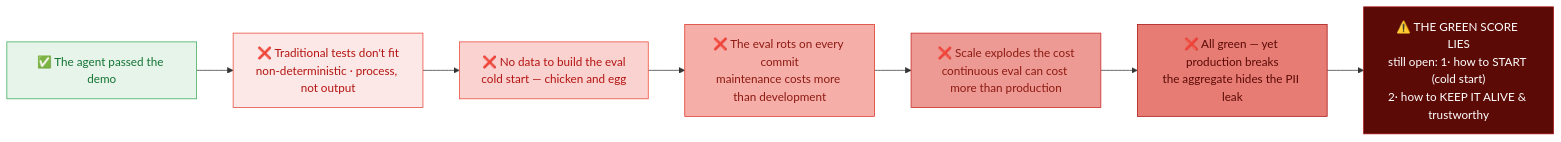
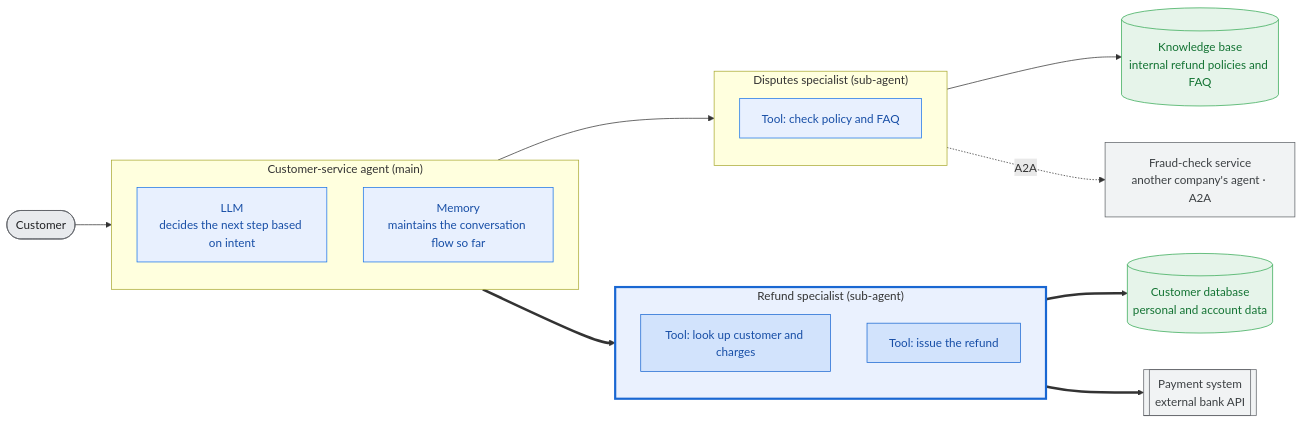
The first of 4 diagrams in docs/eval-agentes-fundamentos.md (leiterenato/l400-managing-production-agents), drawn with Mermaid before and after one commit. The commit also changed other lines of this file and 7 other files, not shown here.

First line of the commit message:
Case 1: split Slide 3 into EDD + flywheel, redesign, add demo build spec

````diff
--- a/docs/eval-agentes-fundamentos.md
+++ b/docs/eval-agentes-fundamentos.md
@@ -660,18 +708,41 @@
 ```mermaid
 flowchart LR
-  N0["✅ The agent passed the demo"]:::ok
-  N1["❌ Traditional tests don't fit<br/>non-deterministic · process, not output"]:::p1
-  N2["❌ No data to build the eval<br/>cold start — chicken and egg"]:::p2
-  N3["❌ The eval rots on every commit<br/>maintenance costs more than development"]:::p3
-  N4["❌ Scale explodes the cost<br/>continuous eval can cost more than production"]:::p4
-  N5["❌ All green — yet production breaks<br/>the aggregate hides the PII leak"]:::p5
-  CX["⚠️ THE GREEN SCORE LIES<br/>still open: 1· how to START (cold start)<br/>2· how to KEEP IT ALIVE & trustworthy"]:::climax
-  N0 --> N1 --> N2 --> N3 --> N4 --> N5 --> CX
-  classDef ok fill:#E6F4EA,stroke:#34A853,color:#137333;
-  classDef p1 fill:#FCE8E6,stroke:#EA4335,color:#B31412;
-  classDef p2 fill:#FAD2CF,stroke:#EA4335,color:#B31412;
-  classDef p3 fill:#F6AEA9,stroke:#D93025,color:#8C1A11;
-  classDef p4 fill:#EE9A94,stroke:#C5221F,color:#8C1A11;
-  classDef p5 fill:#E67C73,stroke:#A50E0E,color:#5B0A06;
-  classDef climax fill:#5B0A06,stroke:#A50E0E,color:#FFFFFF;
+  U([Customer]):::user --> MAIN
+
+  subgraph MAIN["Customer-service agent (main)"]
+    direction TB
+    BRAIN["LLM<br/>decides the next step based on intent"]:::step
+    MEM["Memory<br/>maintains the conversation flow so far"]:::step
+  end
+
+  MAIN ==> REFUND
+  MAIN --> DISPUTE
+
+  subgraph REFUND["Refund specialist (sub-agent)"]
+    direction TB
+    T1["Tool: look up customer and charges"]:::spine
+    T2["Tool: issue the refund"]:::spine
+  end
+
+  subgraph DISPUTE["Disputes specialist (sub-agent)"]
+    direction TB
+    T3["Tool: check policy and FAQ"]:::step
+  end
+
+  DB[("Customer database<br/>personal and account data")]:::data
+  PAY[["Payment system<br/>external bank API"]]:::ext
+  KB[("Knowledge base<br/>internal refund policies and FAQ")]:::data
+  FRAUD["Fraud-check service<br/>another company's agent · A2A"]:::ext
+
+  T1 ==> DB
+  T2 ==> PAY
+  T3 --> KB
+  DISPUTE -. A2A .-> FRAUD
+
+  classDef user fill:#E8EAED,stroke:#5F6368,color:#202124;
+  classDef step fill:#E8F0FE,stroke:#1A73E8,color:#174EA6;
+  classDef spine fill:#D2E3FC,stroke:#1967D2,color:#174EA6;
+  classDef data fill:#E6F4EA,stroke:#34A853,color:#137333;
+  classDef ext fill:#F1F3F4,stroke:#5F6368,color:#3C4043;
+  style REFUND fill:#EAF1FE,stroke:#1967D2,stroke-width:3px;
 ```
````
